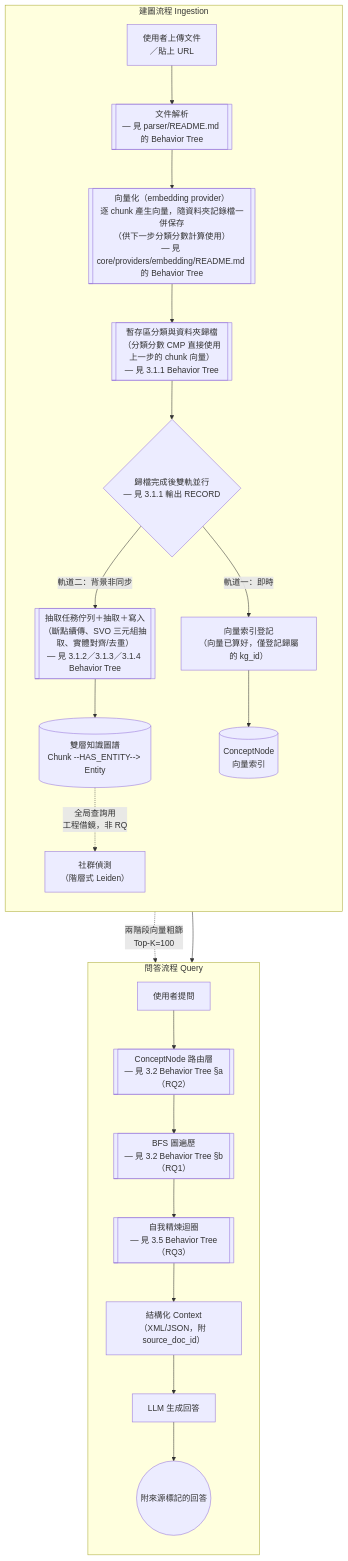
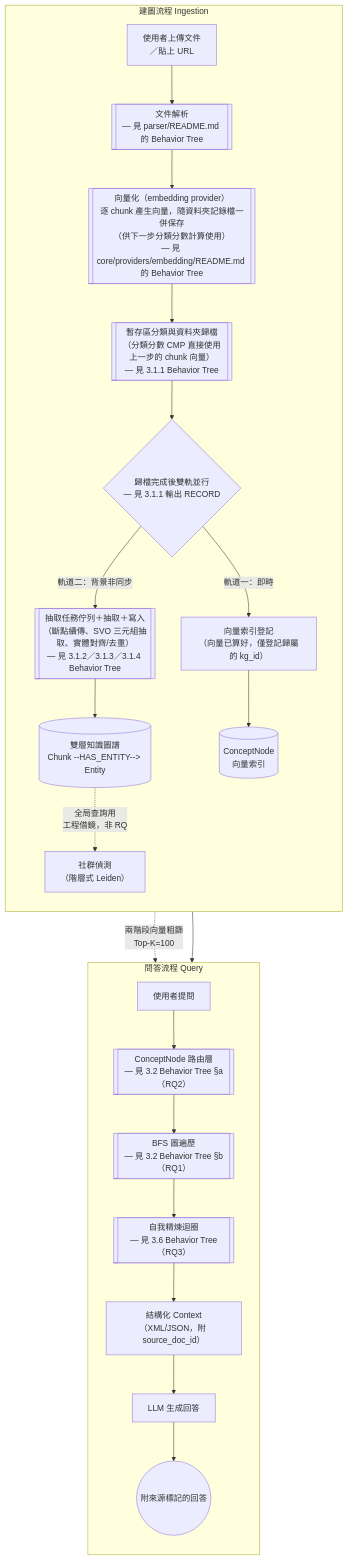
One commit to Chester930/world-knowledge-graph-rag changed the first of 13 diagrams in docs/論文/03_系統設計與方法論.md. Above: the diagram before and after it, drawn with Mermaid. The commit also changed other lines of this file and 12 other files, not shown here.

````diff
--- a/docs/論文/03_系統設計與方法論.md
+++ b/docs/論文/03_系統設計與方法論.md
@@ -11,29 +11,29 @@
 ```mermaid
 flowchart TD
     subgraph ING["建圖流程 Ingestion"]
         direction TB
         UP["使用者上傳文件<br/>／貼上 URL"] --> PARSE
         PARSE[["文件解析<br/>— 見 parser/README.md 的 Behavior Tree"]] --> VEC
         VEC[["向量化（embedding provider）<br/>逐 chunk 產生向量，隨資料夾記錄檔一併保存<br/>（供下一步分類分數計算使用）<br/>— 見 core/providers/embedding/README.md 的 Behavior Tree"]] --> STAGE
         STAGE[["暫存區分類與資料夾歸檔<br/>（分類分數 CMP 直接使用上一步的 chunk 向量）<br/>— 見 3.1.1 Behavior Tree"]] --> SPLIT{"歸檔完成後雙軌並行<br/>— 見 3.1.1 輸出 RECORD"}
         SPLIT -->|"軌道一：即時"| REGIDX["向量索引登記<br/>（向量已算好，僅登記歸屬的 kg_id）"]
         SPLIT -->|"軌道二：背景非同步"| QUEUE
         QUEUE[["抽取任務佇列＋抽取＋寫入<br/>（斷點續傳、SVO 三元組抽取、實體對齊/去重）<br/>— 見 3.1.2／3.1.3／3.1.4 Behavior Tree"]]
         QUEUE --> KG[("雙層知識圖譜<br/>Chunk --HAS_ENTITY--> Entity")]
         REGIDX --> CONCEPTIDX[("ConceptNode<br/>向量索引")]
         KG -.->|"全局查詢用<br/>工程借鏡，非 RQ"| COMM["社群偵測<br/>（階層式 Leiden）"]
     end
 
     subgraph QRY["問答流程 Query"]
         direction TB
         Q["使用者提問"] --> ROUTE
         ROUTE[["ConceptNode 路由層<br/>— 見 3.2 Behavior Tree §a（RQ2）"]] --> BFS
         BFS[["BFS 圖遍歷<br/>— 見 3.2 Behavior Tree §b（RQ1）"]] --> REFINE
-        REFINE[["自我精煉迴圈<br/>— 見 3.5 Behavior Tree（RQ3）"]] --> CTX
+        REFINE[["自我精煉迴圈<br/>— 見 3.6 Behavior Tree（RQ3）"]] --> CTX
         CTX["結構化 Context<br/>（XML/JSON，附 source_doc_id）"] --> LLM
         LLM["LLM 生成回答"] --> CITE(("附來源標記的回答"))
     end
 
     CONCEPTIDX -.->|"兩階段向量粗篩<br/>Top-K=100"| ROUTE
     KG --> BFS
 ```
````
